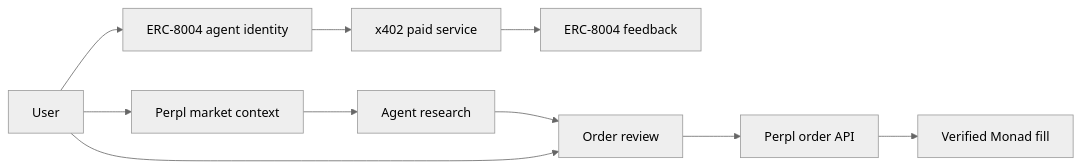
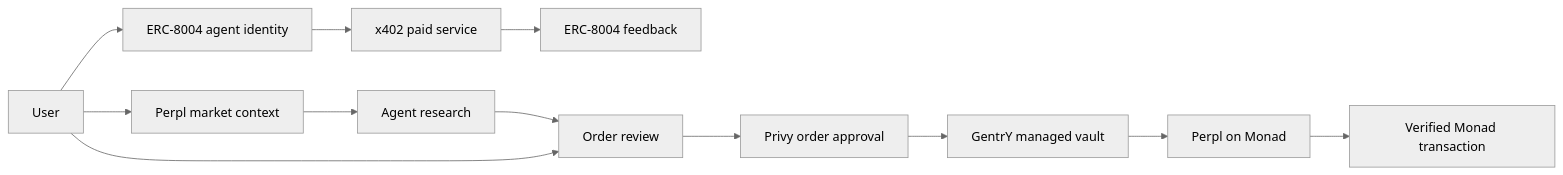
One commit to Datwebguy/gentryworld changed the diagram in README.md. Above: the diagram before and after it, drawn with Mermaid (neutral theme). The commit also changed other lines of this file, not shown here.

Commit message:
Document managed vault execution flow

````diff
--- a/README.md
+++ b/README.md
@@ -57,12 +57,14 @@
 ```mermaid
 flowchart LR
     User[User] --> Market[Perpl market context]
     Market --> Research[Agent research]
     User --> Registry[ERC-8004 agent identity]
     Registry --> Service[x402 paid service]
     Service --> Feedback[ERC-8004 feedback]
     Research --> Review[Order review]
     User --> Review
-    Review --> Perpl[Perpl order API]
-    Perpl --> Proof[Verified Monad fill]
+    Review --> Approval[Privy order approval]
+    Approval --> Vault[GentrY managed vault]
+    Vault --> Perpl[Perpl on Monad]
+    Perpl --> Proof[Verified Monad transaction]
 ```
````
